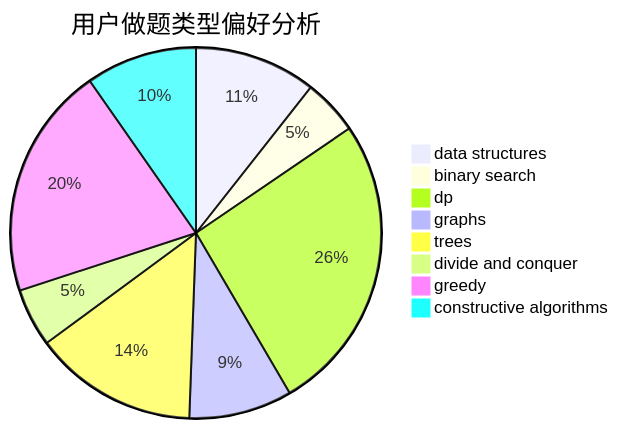
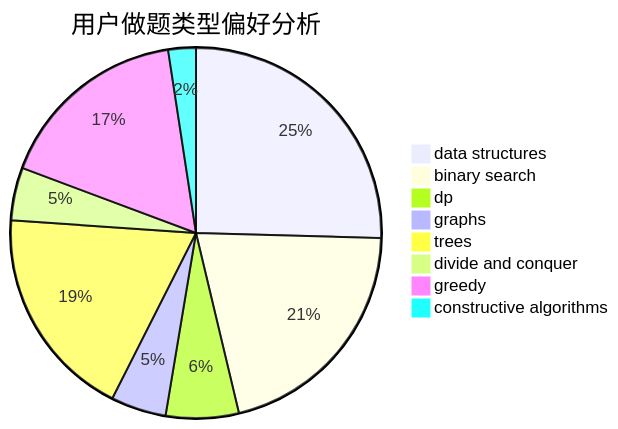
The second of 3 diagrams in docs/user/u1289.md (sherpahu/cfrs.github.io), drawn with Mermaid before and after one commit. The commit also changed other lines of this file and 2770 other files, not shown here.

````diff
--- a/docs/user/u1289.md
+++ b/docs/user/u1289.md
@@ -23,11 +23,11 @@
 ```mermaid
 pie title 用户做题类型偏好分析
-    "data structures" :  46
-    "binary search" :  21
-    "dp" :  113
-    "graphs" :  39
-    "trees" :  62
-    "divide and conquer" :  22
-    "greedy" :  88
-    "constructive algorithms" :  42
+    "data structures" :  116
+    "binary search" :  95
+    "dp" :  29
+    "graphs" :  22
+    "trees" :  85
+    "divide and conquer" :  21
+    "greedy" :  77
+    "constructive algorithms" :  11
 ```
````
